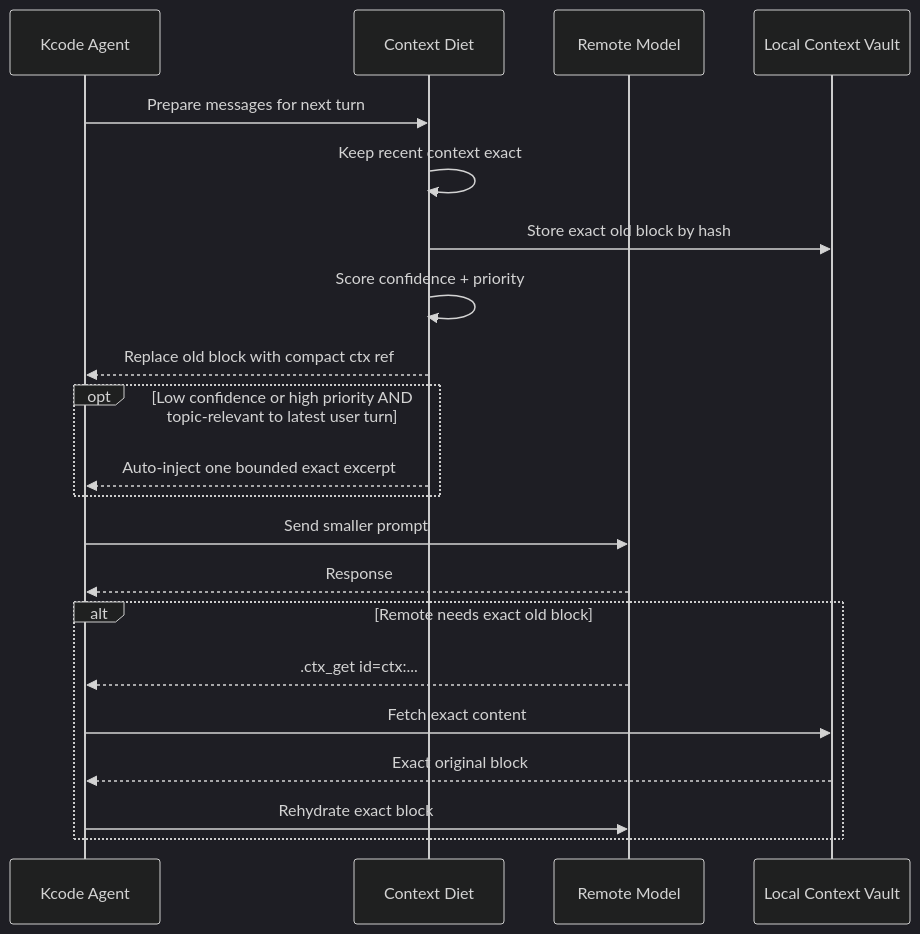
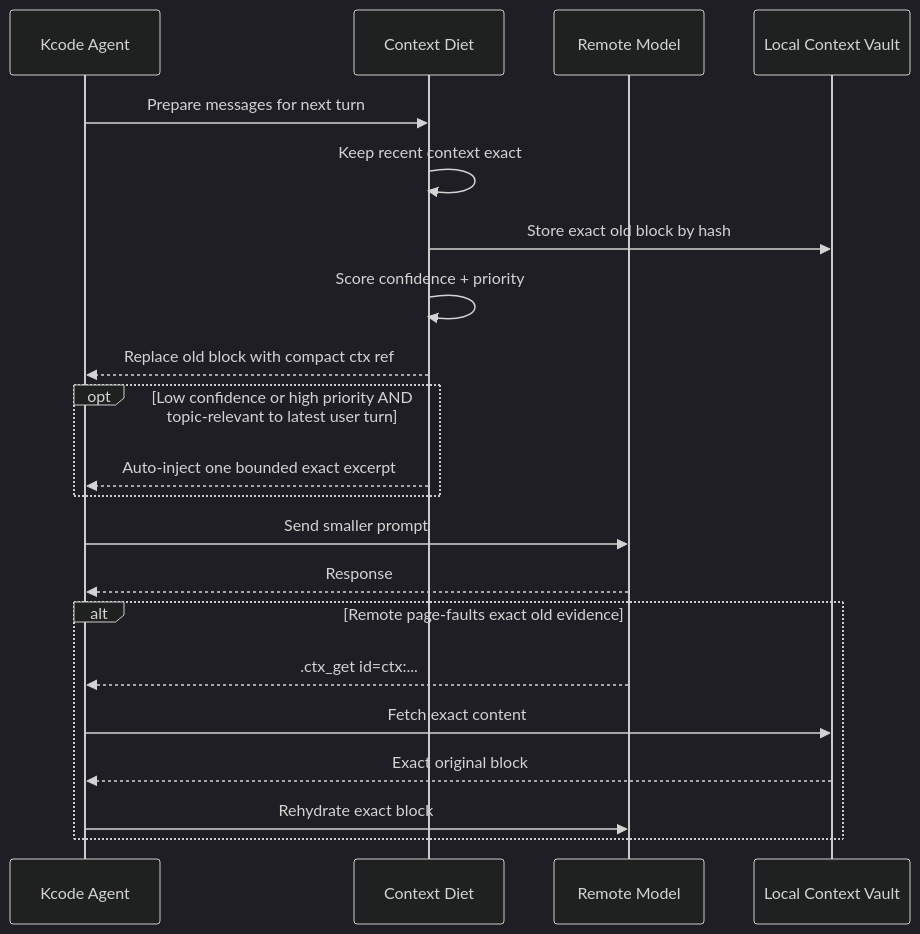
Before and after one commit to icedmoca/neura: the fourth of 14 diagrams in ABOUT.md, drawn with Mermaid (dark theme). The commit also changed other lines of this file and 1 other file, not shown here.

````diff
--- a/ABOUT.md
+++ b/ABOUT.md
@@ -105,24 +113,24 @@
 ```mermaid
 sequenceDiagram
     participant A as Kcode Agent
     participant D as Context Diet
     participant R as Remote Model
     participant V as Local Context Vault
 
     A->>D: Prepare messages for next turn
     D->>D: Keep recent context exact
     D->>V: Store exact old block by hash
     D->>D: Score confidence + priority
     D-->>A: Replace old block with compact ctx ref
     opt Low confidence or high priority AND topic-relevant to latest user turn
         D-->>A: Auto-inject one bounded exact excerpt
     end
     A->>R: Send smaller prompt
     R-->>A: Response
-    alt Remote needs exact old block
+    alt Remote page-faults exact old evidence
         R-->>A: .ctx_get id=ctx:...
         A->>V: Fetch exact content
         V-->>A: Exact original block
         A->>R: Rehydrate exact block
     end
 ```
````
